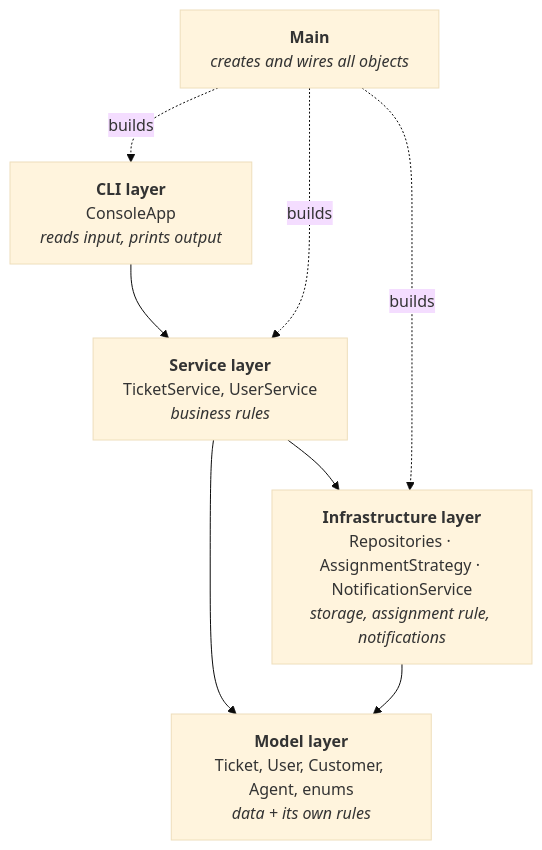
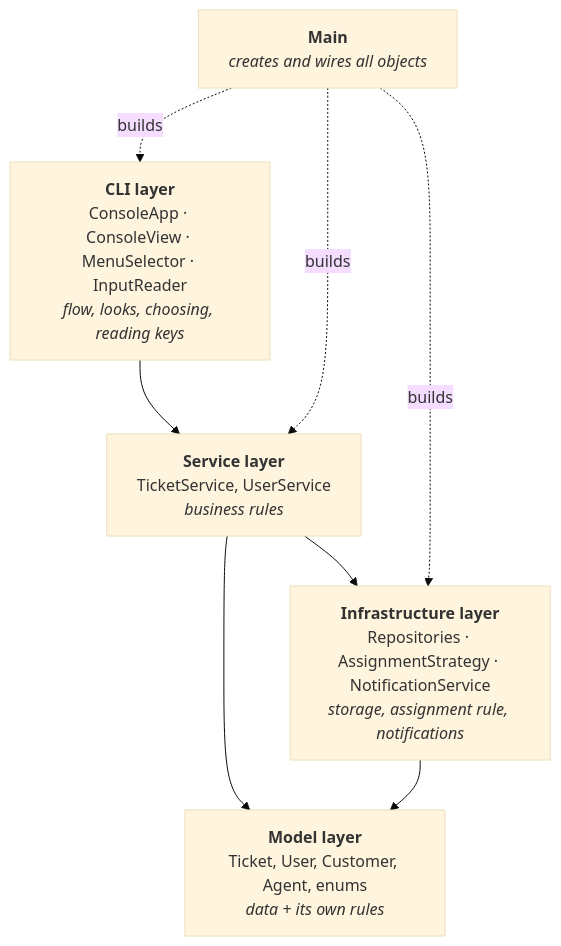
One commit to divyanshi-sachan/ticket-management-system changed the second of 10 diagrams in README.md. Above: the diagram before and after it, drawn with Mermaid (base theme). The commit also changed other lines of this file and 12 other files, not shown here.

First line of the commit message:
Improve CLI with arrow-key menus, tables and input validation

````diff
--- a/README.md
+++ b/README.md
@@ -146,16 +166,16 @@
 ```mermaid
 flowchart TD
-    CLI["<b>CLI layer</b><br/>ConsoleApp<br/><i>reads input, prints output</i>"]
+    CLI["<b>CLI layer</b><br/>ConsoleApp · ConsoleView · MenuSelector · InputReader<br/><i>flow, looks, choosing, reading keys</i>"]
     SVC["<b>Service layer</b><br/>TicketService, UserService<br/><i>business rules</i>"]
     INF["<b>Infrastructure layer</b><br/>Repositories · AssignmentStrategy · NotificationService<br/><i>storage, assignment rule, notifications</i>"]
     MOD["<b>Model layer</b><br/>Ticket, User, Customer, Agent, enums<br/><i>data + its own rules</i>"]
     MAIN["<b>Main</b><br/><i>creates and wires all objects</i>"]
 
     CLI --> SVC
     SVC --> INF
     SVC --> MOD
     INF --> MOD
     MAIN -. builds .-> CLI
     MAIN -. builds .-> SVC
     MAIN -. builds .-> INF
 ```
````
